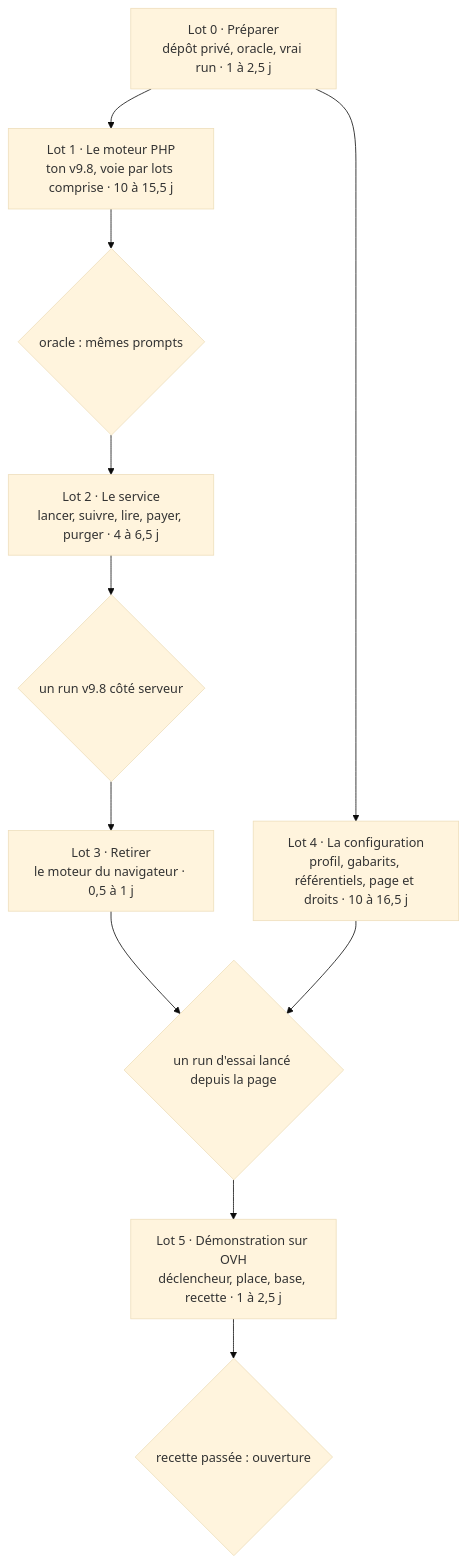
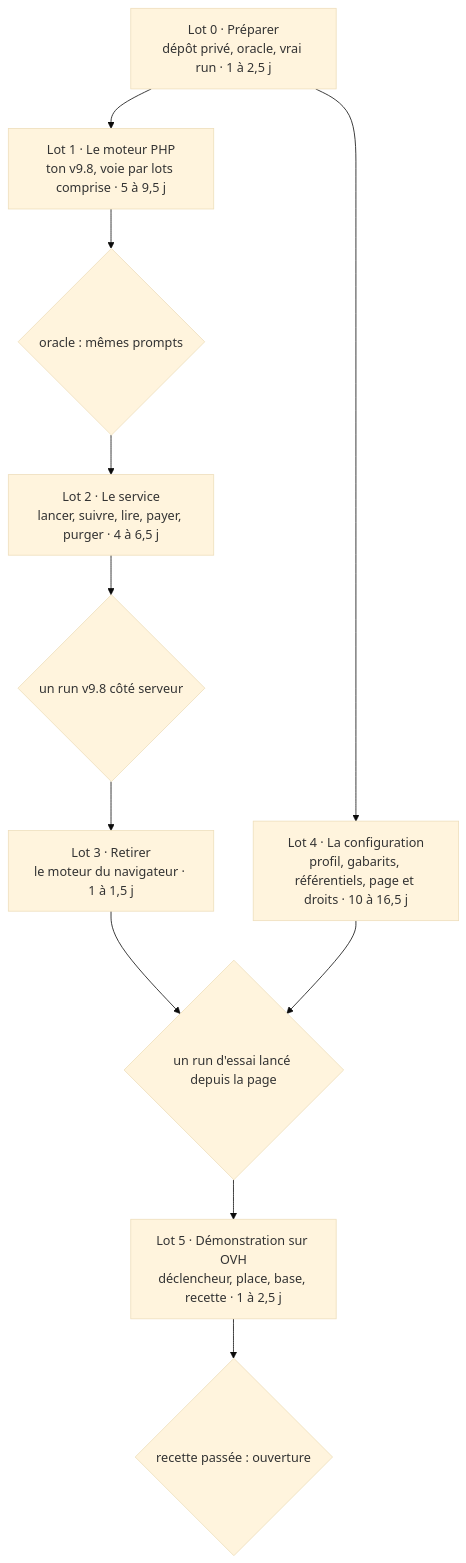
The diagram in docs/plan-twin9-php.md (4nd4ny/humanome), drawn with Mermaid (base theme) before and after one commit. The commit also changed other lines of this file and 1 other file, not shown here.

First line of the commit message:
docs: apply the independent review to the Twin9 PHP plan

````diff
--- a/docs/plan-twin9-php.md
+++ b/docs/plan-twin9-php.md
@@ -49,16 +32,16 @@
 ```mermaid
 flowchart TD
   L0["Lot 0 · Préparer<br>dépôt privé, oracle, vrai run · 1 à 2,5 j"]
-  L1["Lot 1 · Le moteur PHP<br>ton v9.8, voie par lots comprise · 10 à 15,5 j"]
+  L1["Lot 1 · Le moteur PHP<br>ton v9.8, voie par lots comprise · 5 à 9,5 j"]
   L2["Lot 2 · Le service<br>lancer, suivre, lire, payer, purger · 4 à 6,5 j"]
-  L3["Lot 3 · Retirer<br>le moteur du navigateur · 0,5 à 1 j"]
+  L3["Lot 3 · Retirer<br>le moteur du navigateur · 1 à 1,5 j"]
   L4["Lot 4 · La configuration<br>profil, gabarits, référentiels, page et droits · 10 à 16,5 j"]
   L5["Lot 5 · Démonstration sur OVH<br>déclencheur, place, base, recette · 1 à 2,5 j"]
   G1{"oracle : mêmes prompts"}
   G2{"un run v9.8 côté serveur"}
   G3{"un run d'essai lancé depuis la page"}
   G4{"recette passée : ouverture"}
   L0 --> L1 --> G1 --> L2 --> G2 --> L3 --> G3
   L0 --> L4 --> G3
   G3 --> L5 --> G4
 ```
````
